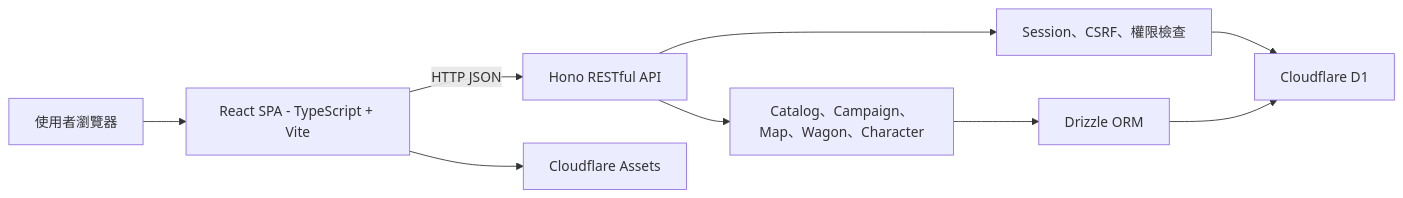
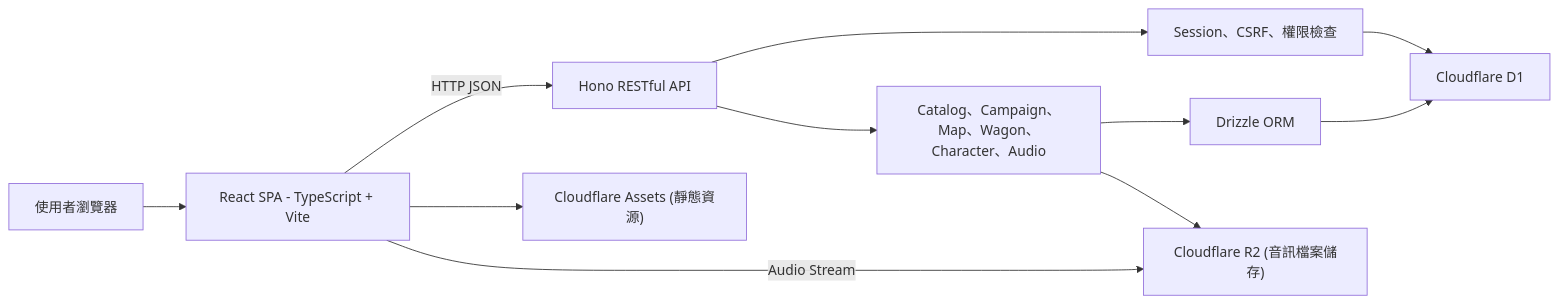
Before and after one commit to john123881/the-hunters-ad-1492-wiki: the diagram in README.md, drawn with Mermaid. The commit also changed other lines of this file and 29 other files, not shown here.

First line of the commit message:
feat(audio): add global story audio player with manifest and Cloudflare R2 streaming

````diff
--- a/README.md
+++ b/README.md
@@ -98,11 +118,13 @@
 ```mermaid
 flowchart LR
     Browser["使用者瀏覽器"] --> Frontend["React SPA - TypeScript + Vite"]
     Frontend -->|HTTP JSON| API["Hono RESTful API"]
-    Frontend --> Assets["Cloudflare Assets"]
+    Frontend --> Assets["Cloudflare Assets (靜態資源)"]
+    Frontend -->|Audio Stream| R2["Cloudflare R2 (音訊檔案儲存)"]
     API --> Security["Session、CSRF、權限檢查"]
-    API --> Domain["Catalog、Campaign、Map、Wagon、Character"]
+    API --> Domain["Catalog、Campaign、Map、Wagon、Character、Audio"]
     Security --> Database["Cloudflare D1"]
     Domain --> ORM["Drizzle ORM"]
+    Domain --> R2
     ORM --> Database
 ```
````
